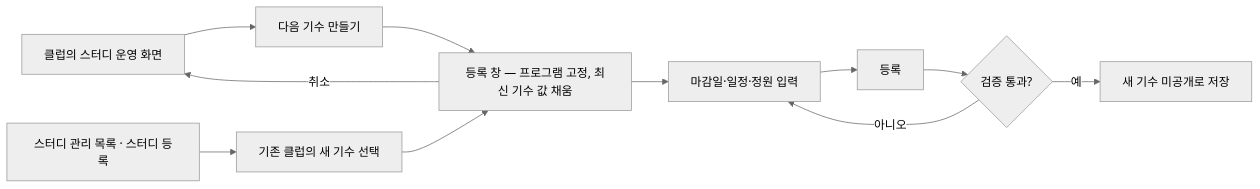
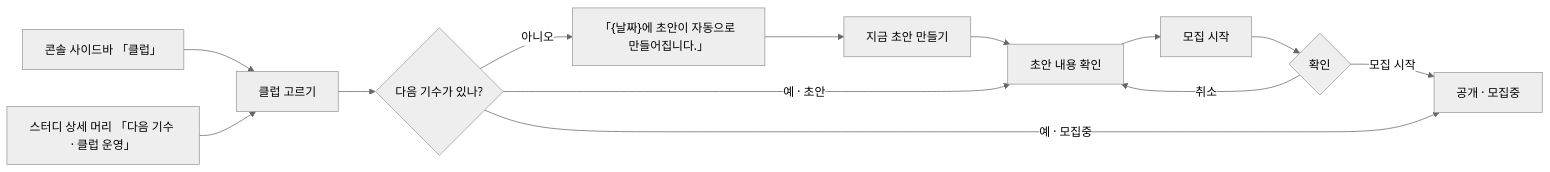
The first of 2 diagrams in 01-planning/stories/captain-reregister-cohort/PRD.md (StudyClub-PlusPlus/studyclub-engineering), drawn with Mermaid (neutral theme) before and after one commit. The commit also changed other lines of this file and 31 other files, not shown here.

````diff
--- a/01-planning/stories/captain-reregister-cohort/PRD.md
+++ b/01-planning/stories/captain-reregister-cohort/PRD.md
@@ -11,12 +13,13 @@
 ```mermaid
 flowchart LR
-  A["클럽의 스터디 운영 화면"] --> B["다음 기수 만들기"]
-  B --> C["등록 창 — 프로그램 고정, 최신 기수 값 채움"]
-  C --> D["마감일·일정·정원 입력"]
-  D --> E["등록"]
-  E --> F{"검증 통과?"}
-  F -->|아니오| D
-  F -->|예| G["새 기수 미공개로 저장"]
-  C -->|취소| A
-  H["스터디 관리 목록 · 스터디 등록"] --> I["기존 클럽의 새 기수 선택"] --> C
+  A["콘솔 사이드바 「클럽」"] --> B["클럽 고르기"]
+  S["스터디 상세 머리 「다음 기수 · 클럽 운영」"] --> B
+  B --> C{"다음 기수가 있나?"}
+  C -->|아니오| D["「{날짜}에 초안이 자동으로 만들어집니다.」"]
+  D --> E["지금 초안 만들기"] --> F
+  C -->|예 · 초안| F["초안 내용 확인"]
+  F --> G["모집 시작"] --> H{"확인"}
+  H -->|취소| F
+  H -->|모집 시작| I["공개 · 모집중"]
+  C -->|예 · 모집중| I
 ```
````
